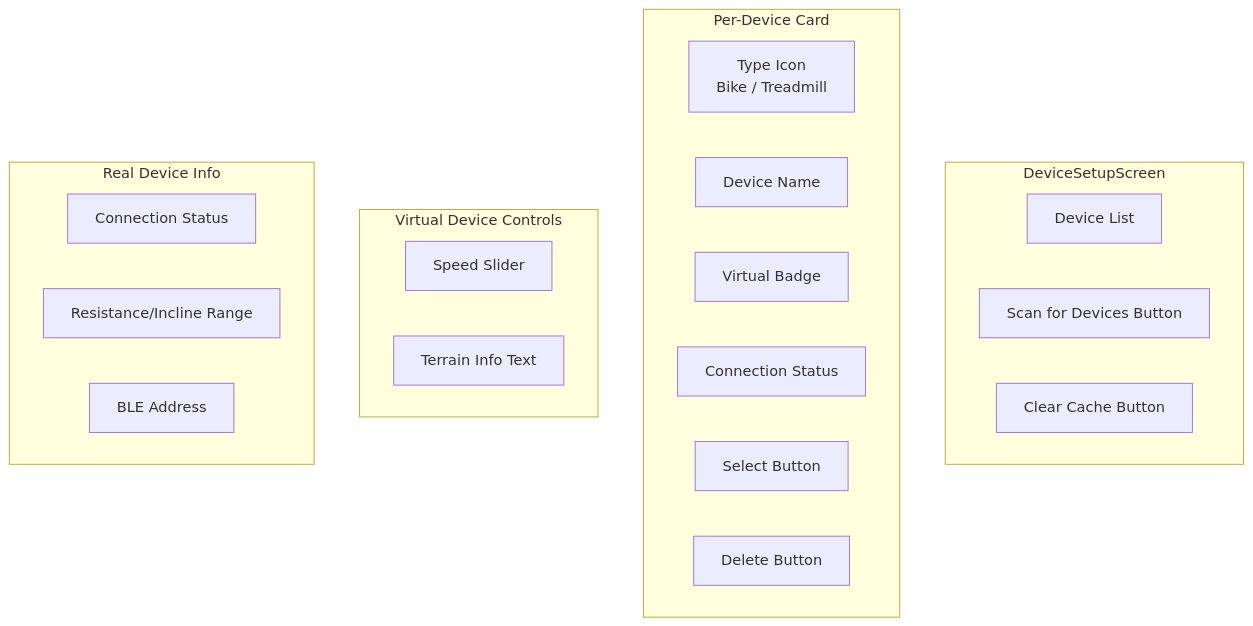
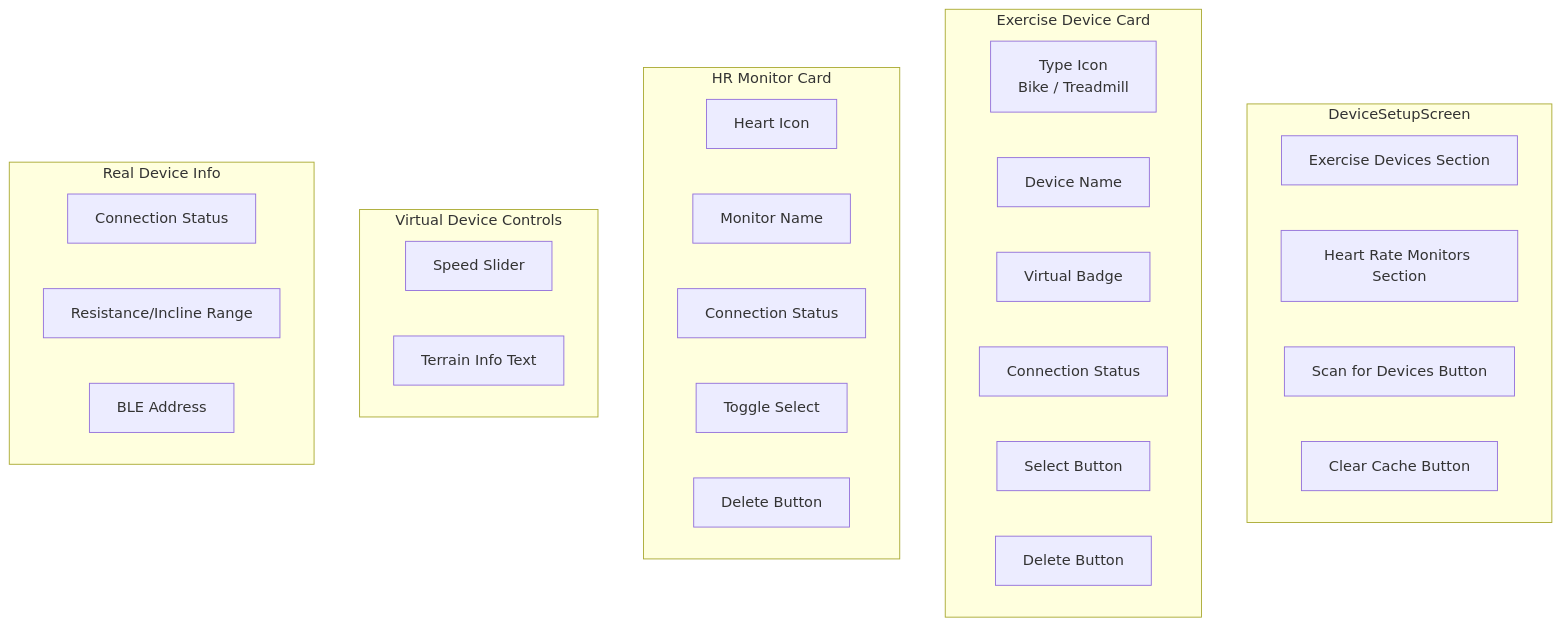
Before and after one commit to jackxuhong/free_ride: the sixth of 6 diagrams in docs/screens-and-widgets.md, drawn with Mermaid. The commit also changed other lines of this file and 20 other files, not shown here.

First line of the commit message:
feat: Add Heart Rate Monitor support and related functionality

````diff
--- a/docs/screens-and-widgets.md
+++ b/docs/screens-and-widgets.md
@@ -224,28 +225,37 @@
 ```mermaid
 graph TD
     subgraph DeviceSetupScreen
-        LIST[Device List]
+        ES[Exercise Devices Section]
+        HRS[Heart Rate Monitors Section]
         SCAN[Scan for Devices Button]
         CACHE[Clear Cache Button]
     end
 
-    subgraph DeviceCard[Per-Device Card]
+    subgraph DeviceCard[Exercise Device Card]
         ICON[Type Icon<br/>Bike / Treadmill]
         NAME[Device Name]
         BADGE[Virtual Badge]
         STATUS[Connection Status]
         SELECT[Select Button]
         DELETE[Delete Button]
+    end
+
+    subgraph HRCard[HR Monitor Card]
+        HRICON[Heart Icon]
+        HRNAME[Monitor Name]
+        HRSTATUS[Connection Status]
+        HRSELECT[Toggle Select]
+        HRDELETE[Delete Button]
     end
 
     subgraph VirtualControls[Virtual Device Controls]
         SLIDER[Speed Slider]
         INFO[Terrain Info Text]
     end
 
     subgraph RealDeviceInfo[Real Device Info]
         CONN[Connection Status]
         RANGE[Resistance/Incline Range]
         ADDR[BLE Address]
     end
 ```
````
